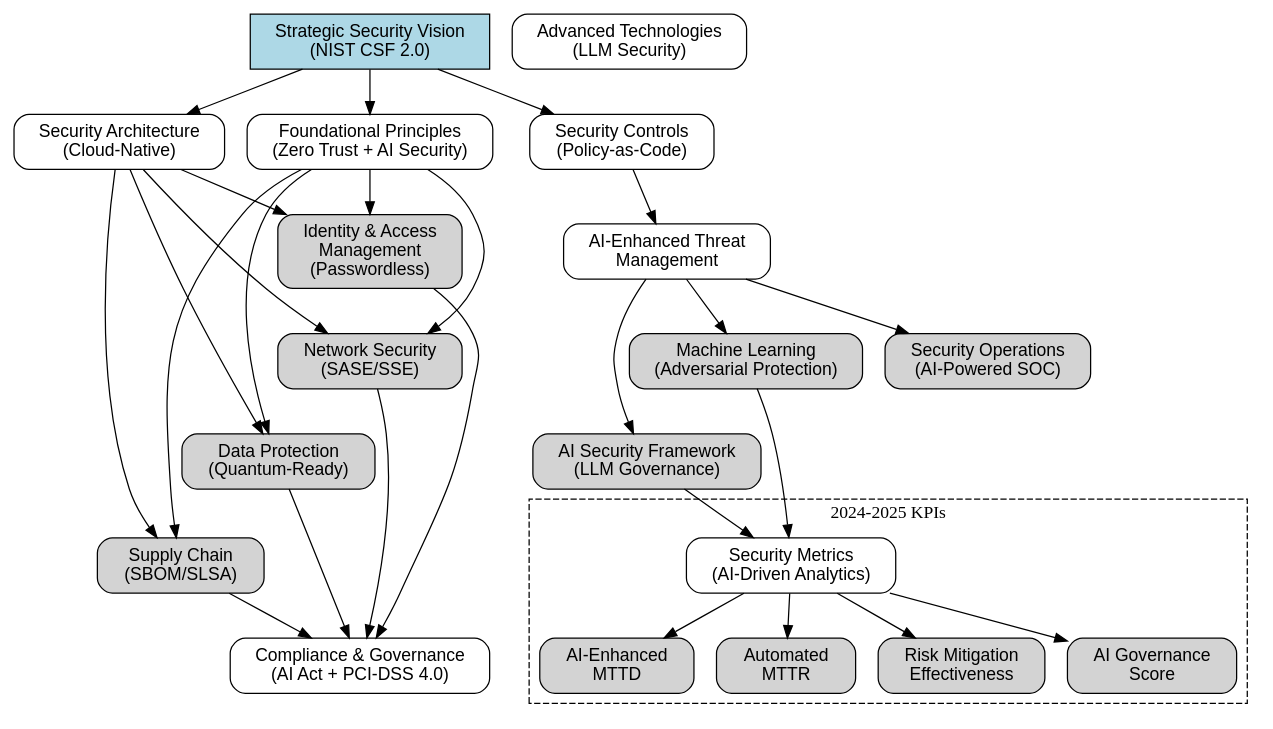
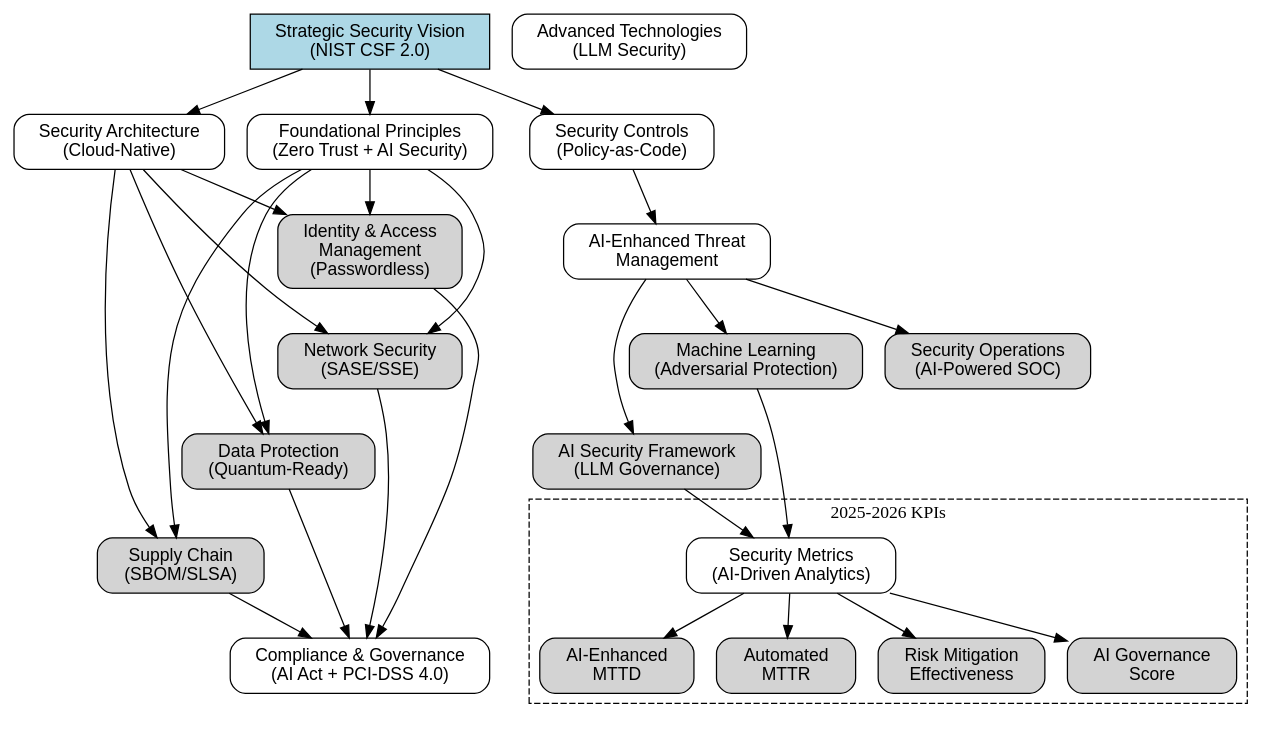
One commit to dbsectrainer/cloud-security-best-practices changed the diagram in security_framework.dot. Above: the diagram before and after it, drawn with Graphviz. The commit also changed 12 other files, not shown here.

First line of the commit message:
Update docs and diagrams to 2025-2026

```diff
--- a/security_framework.dot
+++ b/security_framework.dot
@@ -1,50 +1,50 @@
 digraph SecurityFramework {
     rankdir=TB;
     node [shape=box, style=rounded, fontname="Arial", margin="0.3,0.1"];
     edge [fontname="Arial"];
 
-    // Main Components (Updated for 2024-2025)
+    // Main Components (Updated for 2025-2026)
     Strategy [label="Strategic Security Vision\n(NIST CSF 2.0)", style=filled, fillcolor=lightblue];
     Principles [label="Foundational Principles\n(Zero Trust + AI Security)"];
     Architecture [label="Security Architecture\n(Cloud-Native)"];
     Controls [label="Security Controls\n(Policy-as-Code)"];
     ThreatMgmt [label="AI-Enhanced Threat\nManagement"];
     Tech [label="Advanced Technologies\n(LLM Security)"];
     Compliance [label="Compliance & Governance\n(AI Act + PCI-DSS 4.0)"];
     Metrics [label="Security Metrics\n(AI-Driven Analytics)"];
     
-    // Enhanced Subcomponents for 2024-2025
+    // Enhanced Subcomponents for 2025-2026
     node [shape=box, style="rounded,filled", fillcolor=lightgrey];
     IAM [label="Identity & Access\nManagement\n(Passwordless)"];
     Network [label="Network Security\n(SASE/SSE)"];
     Data [label="Data Protection\n(Quantum-Ready)"];
     ML [label="Machine Learning\n(Adversarial Protection)"];
     AI [label="AI Security Framework\n(LLM Governance)"];
     SOC [label="Security Operations\n(AI-Powered SOC)"];
     Supply [label="Supply Chain\n(SBOM/SLSA)"];
     
     // Relationships
     Strategy -> {Principles, Architecture, Controls} [dir=forward];
     Principles -> {IAM, Network, Data, Supply} [dir=forward];
     Architecture -> {IAM, Network, Data, Supply} [dir=forward];
     Controls -> ThreatMgmt [dir=forward];
     ThreatMgmt -> {SOC, ML, AI} [dir=forward];
     {ML, AI} -> Metrics [dir=forward];
     {IAM, Network, Data, Supply} -> Compliance [dir=forward];
     
     // Enhanced Metrics Subgraph
     subgraph cluster_metrics {
         style=dashed;
-        label="2024-2025 KPIs";
+        label="2025-2026 KPIs";
         MTTD [label="AI-Enhanced\nMTTD"];
         MTTR [label="Automated\nMTTR"];
         Risk [label="Risk Mitigation\nEffectiveness"];
         AIGov [label="AI Governance\nScore"];
         Metrics -> {MTTD, MTTR, Risk, AIGov} [dir=forward];
     }
 
     // Add invisible edges to improve layout
     edge [style=invis];
     IAM -> Network -> Data -> Supply;
     ML -> AI;
 }
```
